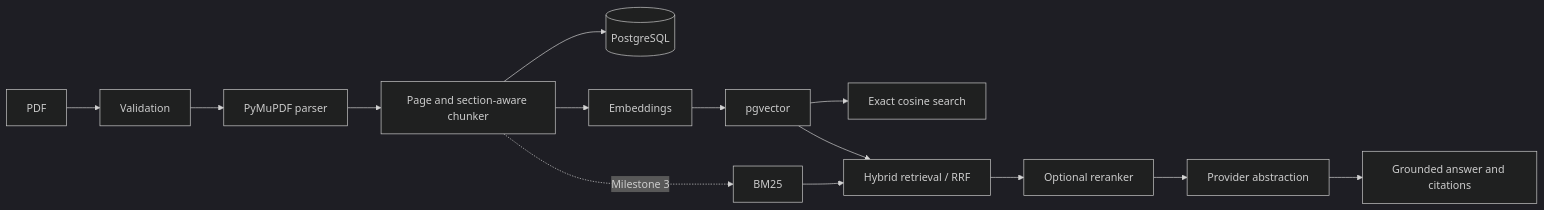
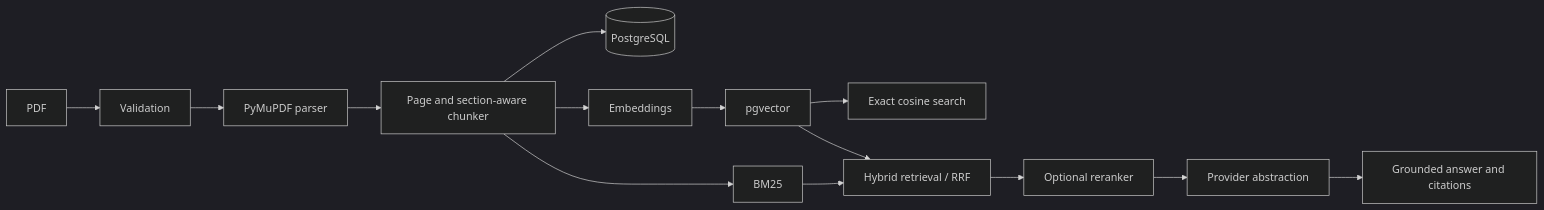
The diagram in README.md (Sunilcharan711/scholargraph), drawn with Mermaid (dark theme) before and after one commit. The commit also changed other lines of this file and 53 other files, not shown here.

````diff
--- a/README.md
+++ b/README.md
@@ -36,12 +42,12 @@
 ```mermaid
 flowchart LR
     PDF --> Validation --> Parser[PyMuPDF parser]
     Parser --> Chunks[Page and section-aware chunker]
     Chunks --> DB[(PostgreSQL)]
     Chunks --> Embeddings --> pgvector --> Dense[Exact cosine search]
-    Chunks -. Milestone 3 .-> BM25
+    Chunks --> BM25
     pgvector --> Fusion[Hybrid retrieval / RRF]
     BM25 --> Fusion
     Fusion --> Reranker[Optional reranker] --> LLM[Provider abstraction]
     LLM --> Answer[Grounded answer and citations]
 ```
````
